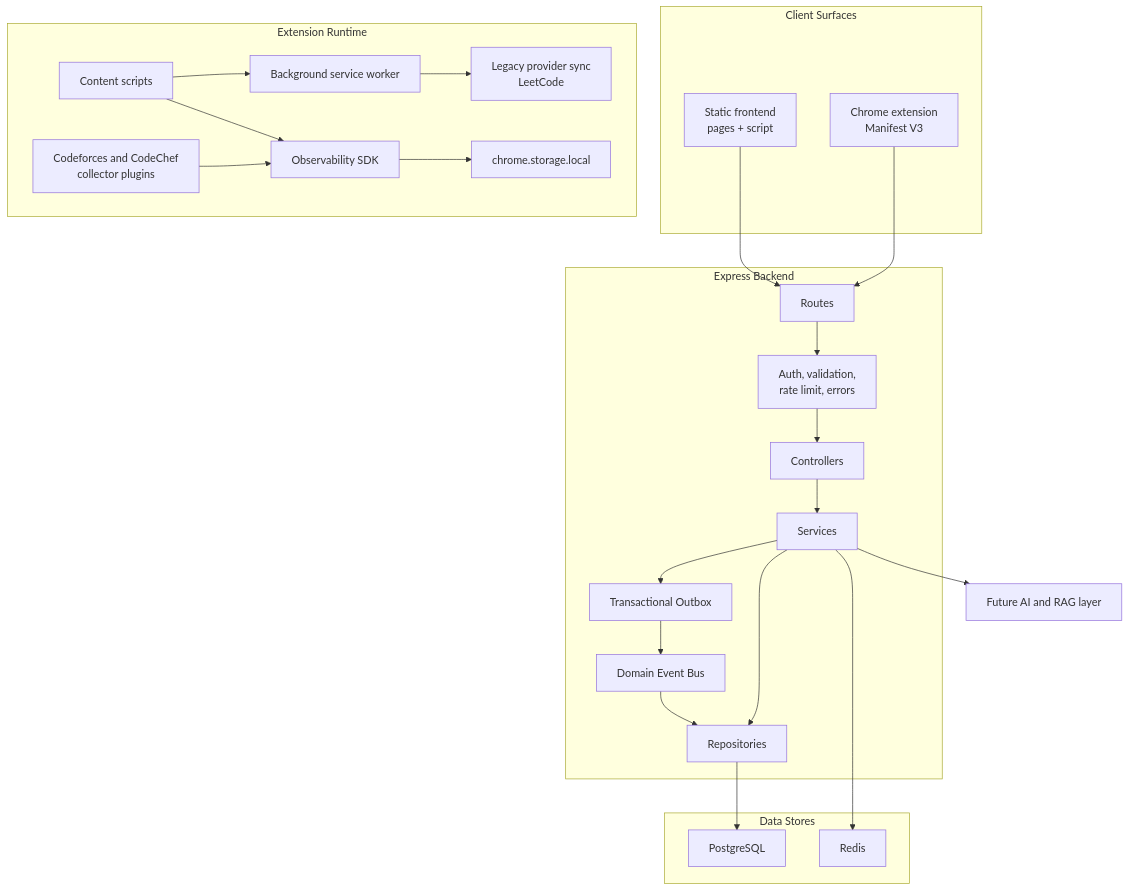
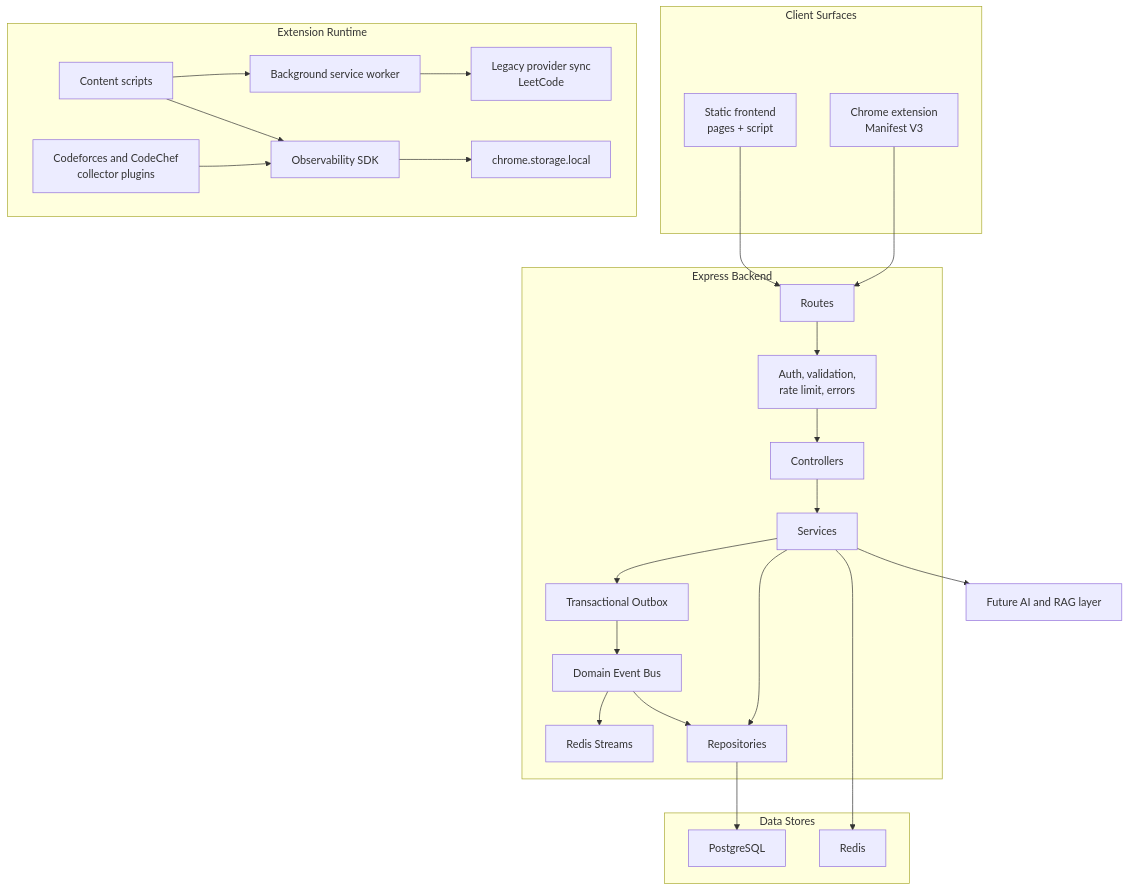
One commit to Absosh/CPInsight changed the first of 2 diagrams in docs/architecture/system-overview.md. Above: the diagram before and after it, drawn with Mermaid. The commit also changed other lines of this file and 24 other files, not shown here.

Commit message:
feat(events): add redis event distribution

````diff
--- a/docs/architecture/system-overview.md
+++ b/docs/architecture/system-overview.md
@@ -9,51 +9,53 @@
 ```mermaid
 flowchart TB
   subgraph Client["Client Surfaces"]
     Frontend["Static frontend\npages + script"]
     Extension["Chrome extension\nManifest V3"]
   end
 
   subgraph ExtensionRuntime["Extension Runtime"]
     SW["Background service worker"]
     Content["Content scripts"]
     Providers["Legacy provider sync\nLeetCode"]
     SDK["Observability SDK"]
     Collectors["Codeforces and CodeChef\ncollector plugins"]
     ChromeStorage["chrome.storage.local"]
   end
 
   subgraph API["Express Backend"]
     Routes["Routes"]
     Controllers["Controllers"]
     Services["Services"]
     Outbox["Transactional Outbox"]
     DomainBus["Domain Event Bus"]
+    RedisEvents["Redis Streams"]
     Repositories["Repositories"]
     Middleware["Auth, validation,\nrate limit, errors"]
   end
 
   subgraph Data["Data Stores"]
     Postgres["PostgreSQL"]
     Redis["Redis"]
   end
 
   FutureAI["Future AI and RAG layer"]
 
   Frontend --> Routes
   Extension --> Routes
   Content --> SW
   Content --> SDK
   Collectors --> SDK
   SDK --> ChromeStorage
   SW --> Providers
   Routes --> Middleware
   Middleware --> Controllers
   Controllers --> Services
   Services --> Outbox
   Outbox --> DomainBus
+  DomainBus --> RedisEvents
   DomainBus --> Repositories
   Services --> Repositories
   Repositories --> Postgres
   Services --> Redis
   Services --> FutureAI
 ```
````
